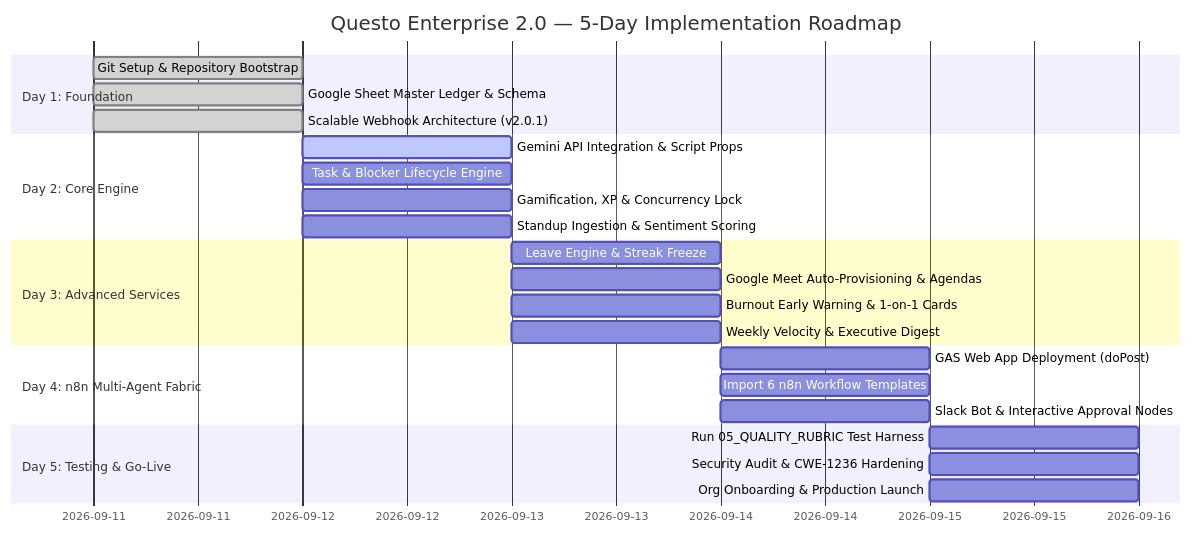
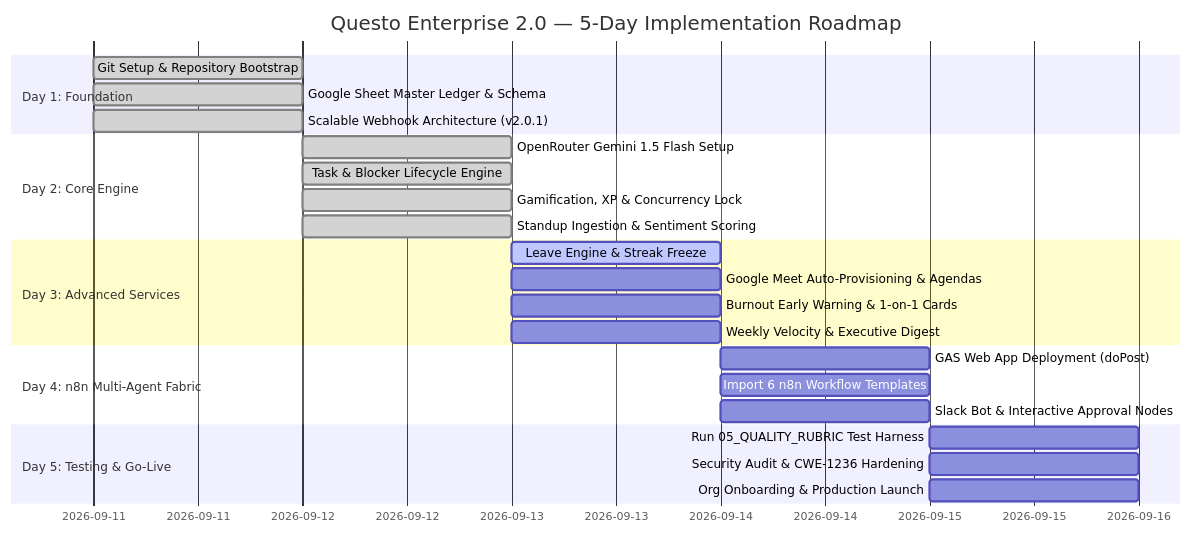
Before and after one commit to Atofinite5/QuestO: the diagram in questo/00_5_DAY_ROADMAP.md, drawn with Mermaid. The commit also changed other lines of this file, not shown here.

Commit message:
docs(roadmap): mark Phase 2 complete and Phase 3 active

````diff
--- a/questo/00_5_DAY_ROADMAP.md
+++ b/questo/00_5_DAY_ROADMAP.md
@@ -23,27 +23,27 @@
 ```mermaid
 gantt
     title Questo Enterprise 2.0 — 5-Day Implementation Roadmap
     dateFormat  YYYY-MM-DD
     section Day 1: Foundation
     Git Setup & Repository Bootstrap       :done, d1_1, 2026-09-11, 1d
     Google Sheet Master Ledger & Schema    :done, d1_2, 2026-09-11, 1d
     Scalable Webhook Architecture (v2.0.1) :done, d1_3, 2026-09-11, 1d
     section Day 2: Core Engine
-    Gemini API Integration & Script Props  :active, d2_1, 2026-09-12, 1d
-    Task & Blocker Lifecycle Engine        :d2_2, 2026-09-12, 1d
-    Gamification, XP & Concurrency Lock    :d2_3, 2026-09-12, 1d
-    Standup Ingestion & Sentiment Scoring  :d2_4, 2026-09-12, 1d
+    OpenRouter Gemini 1.5 Flash Setup      :done, d2_1, 2026-09-12, 1d
+    Task & Blocker Lifecycle Engine        :done, d2_2, 2026-09-12, 1d
+    Gamification, XP & Concurrency Lock    :done, d2_3, 2026-09-12, 1d
+    Standup Ingestion & Sentiment Scoring  :done, d2_4, 2026-09-12, 1d
     section Day 3: Advanced Services
-    Leave Engine & Streak Freeze           :d3_1, 2026-09-13, 1d
+    Leave Engine & Streak Freeze           :active, d3_1, 2026-09-13, 1d
     Google Meet Auto-Provisioning & Agendas:d3_2, 2026-09-13, 1d
     Burnout Early Warning & 1-on-1 Cards   :d3_3, 2026-09-13, 1d
     Weekly Velocity & Executive Digest     :d3_4, 2026-09-13, 1d
     section Day 4: n8n Multi-Agent Fabric
     GAS Web App Deployment (doPost)        :d4_1, 2026-09-14, 1d
     Import 6 n8n Workflow Templates        :d4_2, 2026-09-14, 1d
     Slack Bot & Interactive Approval Nodes :d4_3, 2026-09-14, 1d
     section Day 5: Testing & Go-Live
     Run 05_QUALITY_RUBRIC Test Harness     :d5_1, 2026-09-15, 1d
     Security Audit & CWE-1236 Hardening    :d5_2, 2026-09-15, 1d
     Org Onboarding & Production Launch     :d5_3, 2026-09-15, 1d
 ```
````
